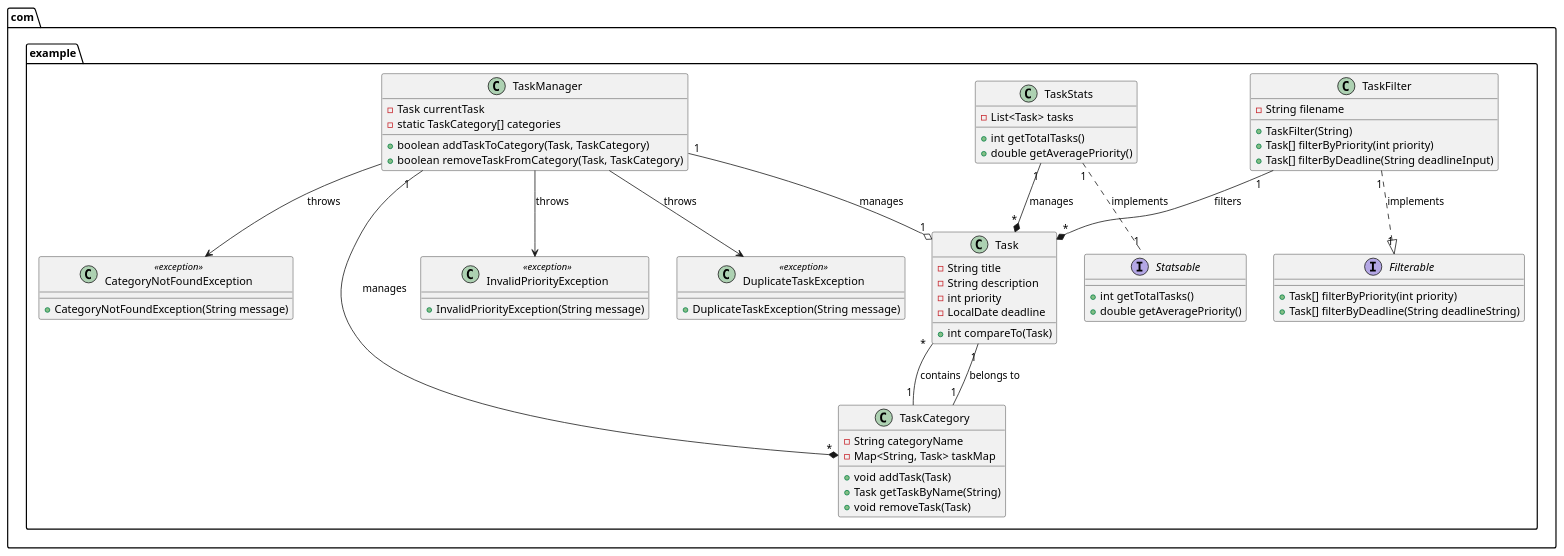
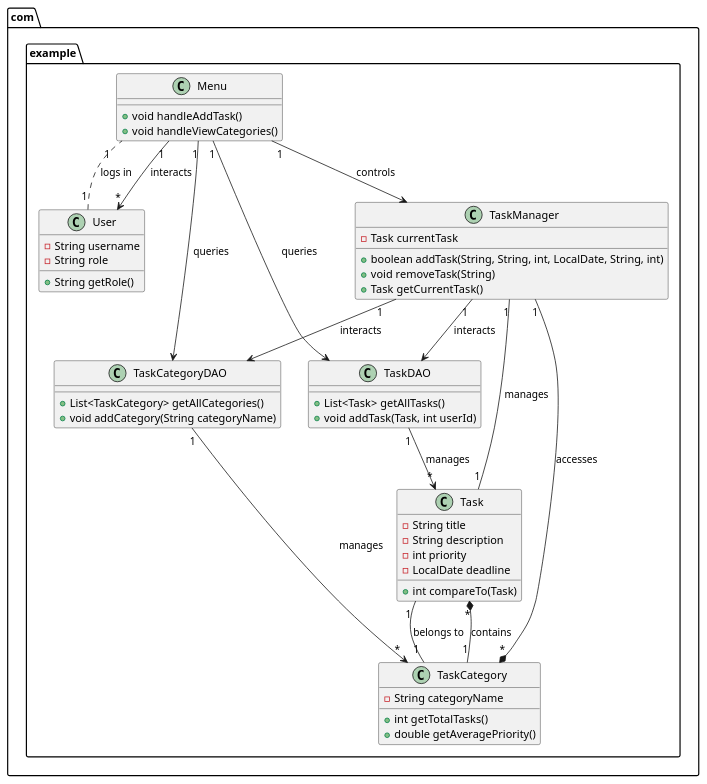
Before and after one commit to ioanasilas/FinalFinalJavaTaskManager: the diagram in FinalProject/src/diagram.puml, drawn with PlantUML. The commit also changed 1 other file, not shown here.

Commit message:
Final Java Task Manager

```diff
--- a/FinalProject/src/diagram.puml
+++ b/FinalProject/src/diagram.puml
@@ -1,79 +1,62 @@
 @startuml
-
 package com.example {
 
-interface Filterable {
-      + Task[] filterByPriority(int priority)
-      + Task[] filterByDeadline(String deadlineString)
-  }
-
-  class TaskFilter {
-      - String filename
-      + TaskFilter(String)
-      + Task[] filterByPriority(int priority)
-      + Task[] filterByDeadline(String deadlineInput)
-  }
-
-  interface Statsable {
-      + int getTotalTasks()
-      + double getAveragePriority()
-  }
-
-  class TaskStats {
-      - List<Task> tasks
-      + int getTotalTasks()
-      + double getAveragePriority()
-  }
-
-  class Task {
-      - String title
-      - String description
-      - int priority
-      - LocalDate deadline
-      + int compareTo(Task)
-  }
-
-  class TaskCategory {
-      - String categoryName
-      - Map<String, Task> taskMap
-      + void addTask(Task)
-      + Task getTaskByName(String)
-      + void removeTask(Task)
-  }
-
-  class TaskManager {
-      - Task currentTask
-      - static TaskCategory[] categories
-      + boolean addTaskToCategory(Task, TaskCategory)
-      + boolean removeTaskFromCategory(Task, TaskCategory)
-
-  }
-
-class InvalidPriorityException <<exception>> {
-    + InvalidPriorityException(String message)
+class Task {
+    - String title
+    - String description
+    - int priority
+    - LocalDate deadline
+    + int compareTo(Task)
 }
 
-class DuplicateTaskException <<exception>> {
-    + DuplicateTaskException(String message)
+class TaskCategory {
+    - String categoryName
+    + int getTotalTasks()
+    + double getAveragePriority()
 }
 
-class CategoryNotFoundException <<exception>> {
-    + CategoryNotFoundException(String message)
+class User {
+    - String username
+    - String role
+    + String getRole()
 }
 
-  TaskManager "1" --* "*" TaskCategory : manages
-  TaskManager "1" --o "1" Task : manages
-  TaskCategory "1" -- "*" Task : contains
-  Task "1" -- "1" TaskCategory : belongs to
-  TaskStats "1" .. "1" Statsable : implements
-  TaskStats "1" --* "*" Task : manages
-  TaskFilter "1" ..|> "1" Filterable : implements
-  TaskFilter "1" --* "*" Task : filters
-
-  TaskManager --> InvalidPriorityException : throws
-  TaskManager --> DuplicateTaskException : throws
-  TaskManager --> CategoryNotFoundException : throws
-
+class TaskDAO {
+    + List<Task> getAllTasks()
+    + void addTask(Task, int userId)
 }
 
+class TaskCategoryDAO {
+    + List<TaskCategory> getAllCategories()
+    + void addCategory(String categoryName)
+}
+
+class Menu {
+    + void handleAddTask()
+    + void handleViewCategories()
+}
+
+class TaskManager {
+    - Task currentTask
+    + boolean addTask(String, String, int, LocalDate, String, int)
+    + void removeTask(String)
+    + Task getCurrentTask()
+}
+
+TaskManager "1" --> TaskDAO : interacts
+TaskManager "1" --> TaskCategoryDAO : interacts
+TaskManager "1" -- "1" Task : manages
+TaskManager "1" --* "*" TaskCategory : accesses
+
+TaskCategory "1" --* "*" Task : contains
+Task "1" -- "1" TaskCategory : belongs to
+Menu "1" --> "*" User : interacts
+Menu "1" --> TaskDAO : queries
+Menu "1" --> TaskCategoryDAO : queries
+Menu "1" --> TaskManager : controls
+TaskDAO "1" --> "*" Task : manages
+TaskCategoryDAO "1" --> "*" TaskCategory : manages
+
+User "1" .. "1" Menu : logs in
+}
 @enduml
```
